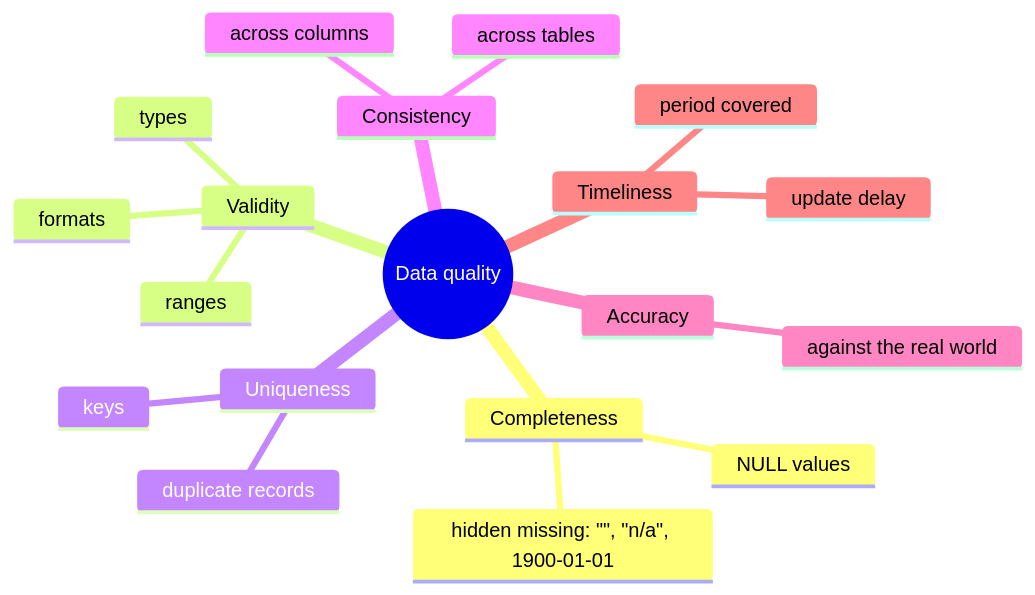
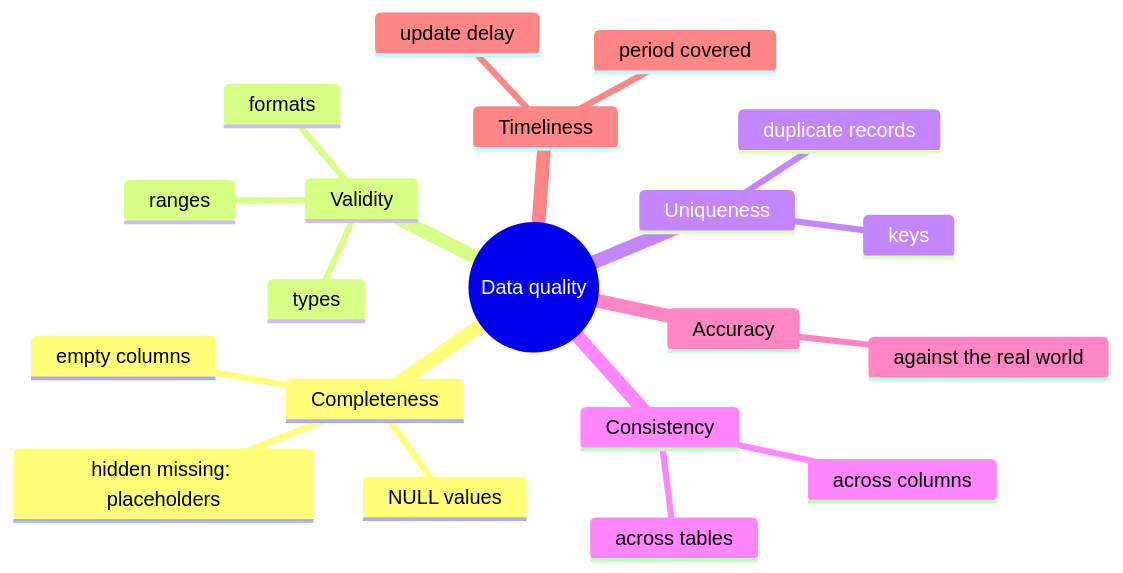
The second of 3 diagrams in sessions/04-data-quality/theory/01-data-quality-checks.md (khoadaniel/statistical-programming-mpmd-htw-ws-2026), drawn with Mermaid before and after one commit. The commit also changed other lines of this file and 160 other files, not shown here.

````diff
--- a/sessions/04-data-quality/theory/01-data-quality-checks.md
+++ b/sessions/04-data-quality/theory/01-data-quality-checks.md
@@ -43,22 +43,23 @@
 ```mermaid
 mindmap
   root((Data quality))
     Completeness
       NULL values
-      hidden missing: "", "n/a", 1900-01-01
+      empty columns
+      hidden missing: placeholders
     Validity
       types
       ranges
       formats
     Uniqueness
       keys
       duplicate records
     Consistency
       across columns
       across tables
     Accuracy
       against the real world
     Timeliness
       period covered
       update delay
 ```
````
